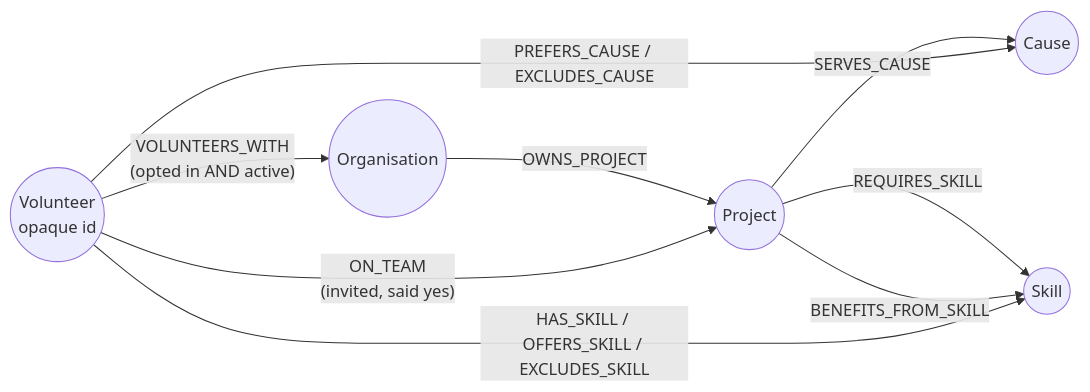
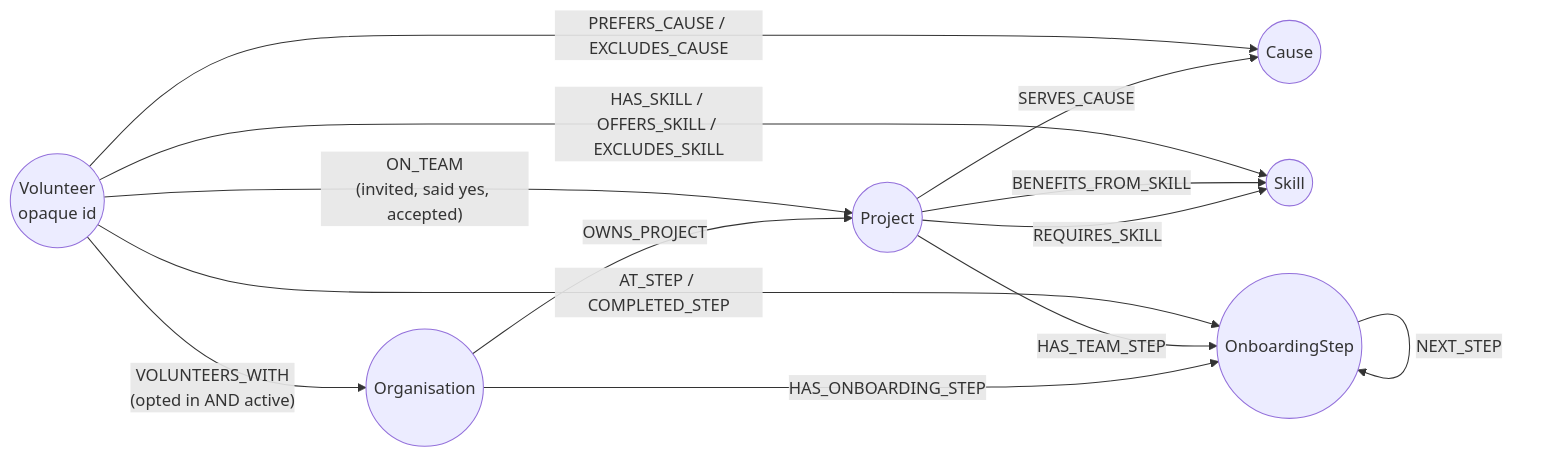
The fourth of 13 diagrams in docs/content/project/solution-architecture.md (TheCyberScallywag/hackEntry), drawn with Mermaid before and after one commit. The commit also changed other lines of this file and 48 other files, not shown here.

````diff
--- a/docs/content/project/solution-architecture.md
+++ b/docs/content/project/solution-architecture.md
@@ -312,11 +349,15 @@
 ```mermaid
 flowchart LR
   O((Organisation)) -- OWNS_PROJECT --> P((Project))
   P -- SERVES_CAUSE --> C((Cause))
   P -- REQUIRES_SKILL --> S((Skill))
   P -- BENEFITS_FROM_SKILL --> S
   V((Volunteer<br/>opaque id)) -- "VOLUNTEERS_WITH<br/>(opted in AND active)" --> O
   V -- "HAS_SKILL / OFFERS_SKILL / EXCLUDES_SKILL" --> S
   V -- "PREFERS_CAUSE / EXCLUDES_CAUSE" --> C
-  V -- "ON_TEAM<br/>(invited, said yes)" --> P
+  V -- "ON_TEAM<br/>(invited, said yes, accepted)" --> P
+  O -- HAS_ONBOARDING_STEP --> T((OnboardingStep))
+  P -- HAS_TEAM_STEP --> T
+  T -- NEXT_STEP --> T
+  V -- "AT_STEP / COMPLETED_STEP" --> T
 ```
````
